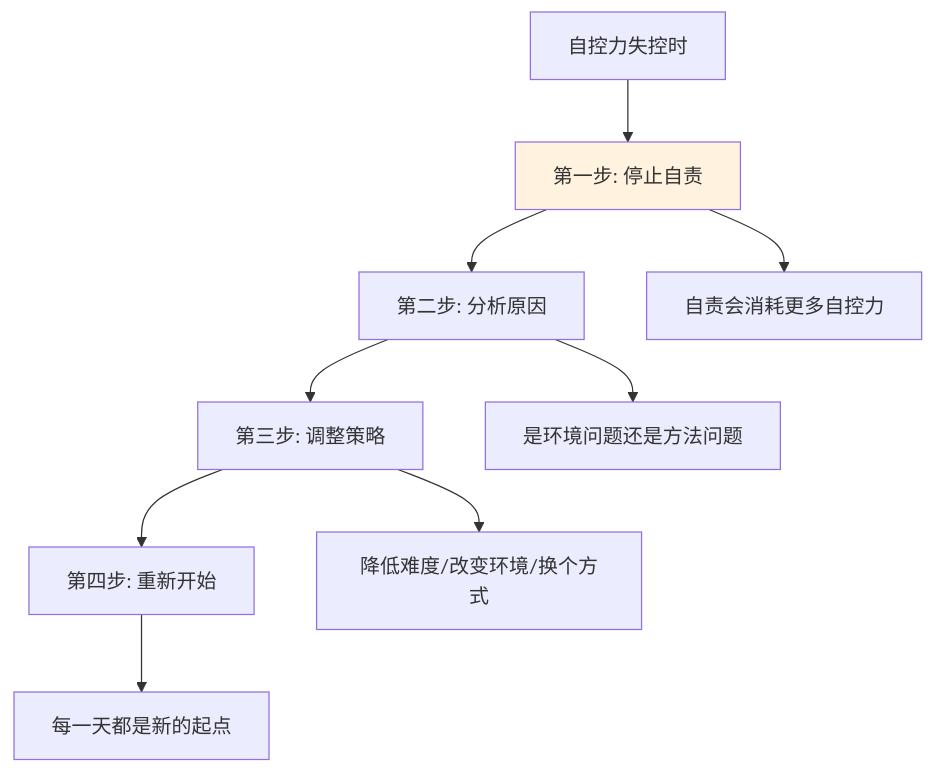
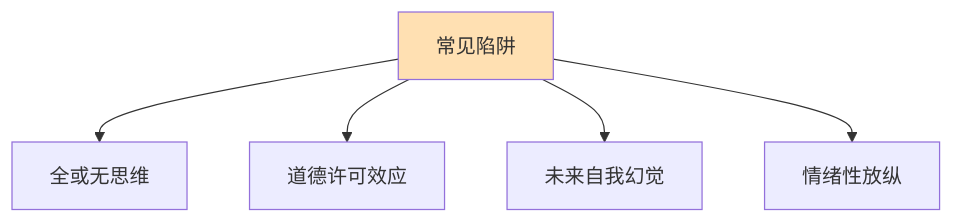
The fifth of 7 diagrams in 10.打工充平常记录/10.自我精进七课/07.底层思维的训练/7.2自我自控的调节.md (chongyang211/YCBookBlog), drawn with Mermaid before and after one commit. The commit also changed other lines of this file and 55 other files, not shown here.

````diff
--- a/10.打工充平常记录/10.自我精进七课/07.底层思维的训练/7.2自我自控的调节.md
+++ b/10.打工充平常记录/10.自我精进七课/07.底层思维的训练/7.2自我自控的调节.md
@@ -309,12 +178,8 @@
 ```mermaid
 graph TD
-    A[自控力失控时] --> B[第一步: 停止自责]
-    B --> C[第二步: 分析原因]
-    C --> D[第三步: 调整策略]
-    D --> E[第四步: 重新开始]
-    B --> B1[自责会消耗更多自控力]
-    C --> C1[是环境问题还是方法问题]
-    D --> D1[降低难度/改变环境/换个方式]
-    E --> E1[每一天都是新的起点]
-    style B fill:#fff3e0
+    A[常见陷阱] --> B[全或无思维]
+    A --> C[道德许可效应]
+    A --> D[未来自我幻觉]
+    A --> E[情绪性放纵]
+    style A fill:#ffe0b2
 ```
````
